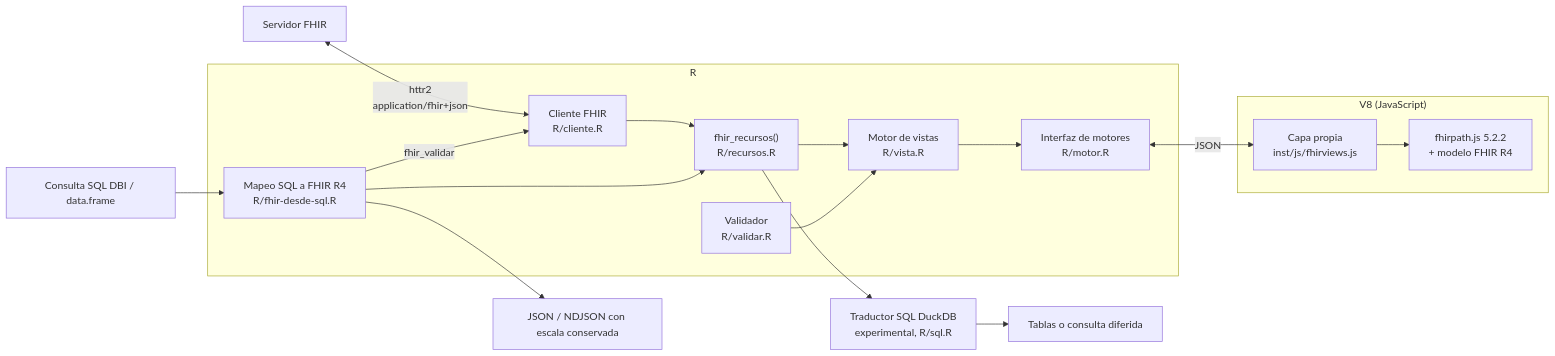
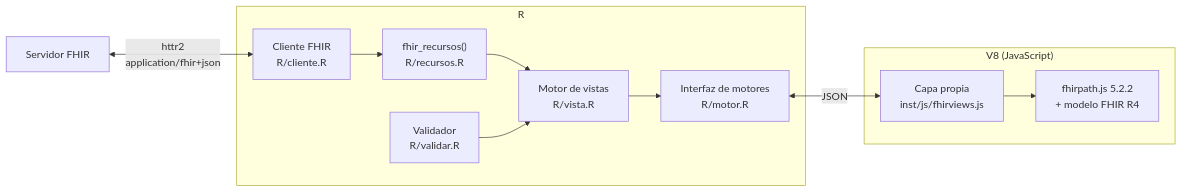
Before and after one commit to f-slg/fhirviews: the first of 3 diagrams in articles/arquitectura.md, drawn with Mermaid. The commit also changed other lines of this file and 75 other files, not shown here.

````diff
--- a/articles/arquitectura.md
+++ b/articles/arquitectura.md
@@ -19,28 +19,21 @@
 ``` mermaid
 flowchart LR
     subgraph R["R"]
         CL["Cliente FHIR<br/>R/cliente.R"]
         RE["fhir_recursos()<br/>R/recursos.R"]
         VA["Validador<br/>R/validar.R"]
         MV["Motor de vistas<br/>R/vista.R"]
         MO["Interfaz de motores<br/>R/motor.R"]
-        MP["Mapeo SQL a FHIR R4<br/>R/fhir-desde-sql.R"]
     end
     subgraph V8["V8 (JavaScript)"]
         GL["Capa propia<br/>inst/js/fhirviews.js"]
         FP["fhirpath.js 5.2.2<br/>+ modelo FHIR R4"]
     end
     SV["Servidor FHIR"] <-->|"httr2<br/>application/fhir+json"| CL
     CL --> RE
     RE --> MV
     VA --> MV
     MV --> MO
     MO <-->|"JSON"| GL
     GL --> FP
-    DB["Consulta SQL DBI / data.frame"] --> MP
-    MP --> RE
-    MP --> OUT["JSON / NDJSON con escala conservada"]
-    MP -->|"fhir_validar"| CL
-    RE --> DUCK["Traductor SQL DuckDB<br/>experimental, R/sql.R"]
-    DUCK --> TABLE["Tablas o consulta diferida"]
 ```
````
